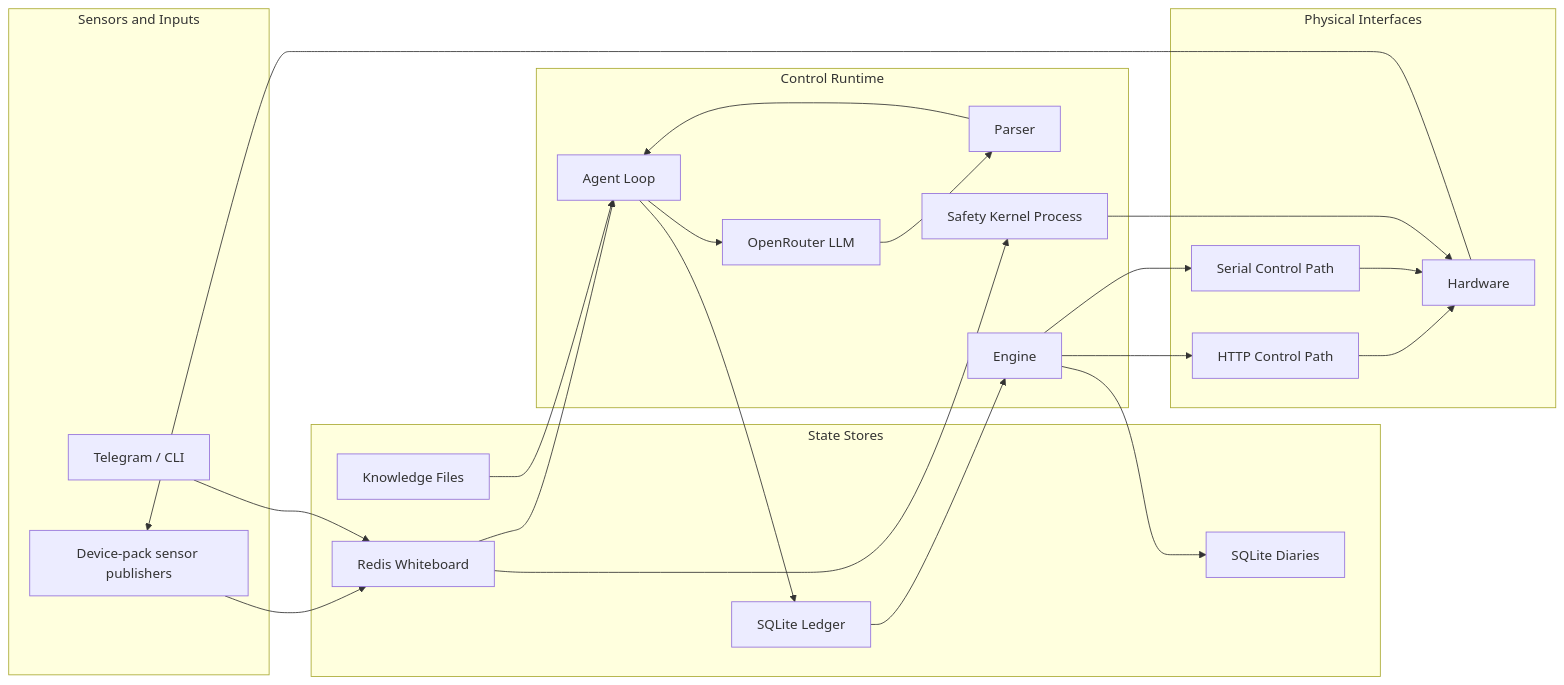
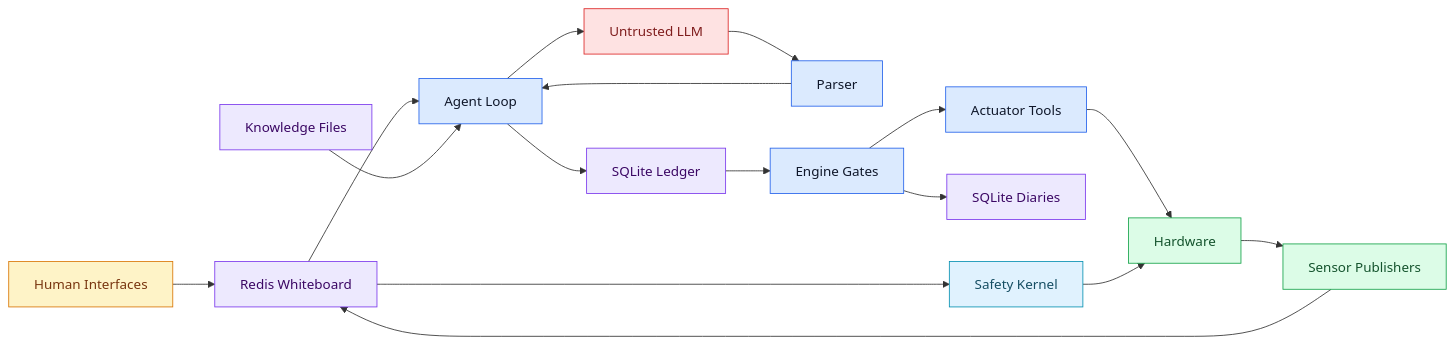
Before and after one commit to anieyrudh/Wallee: the first of 7 diagrams in ARCHITECTURE.md, drawn with Mermaid. The commit also changed other lines of this file and 23 other files, not shown here.

````diff
--- a/ARCHITECTURE.md
+++ b/ARCHITECTURE.md
@@ -66,43 +51,59 @@
 ```mermaid
+%%{init: {'theme':'base','themeVariables': {
+  'primaryColor':'#dbeafe',
+  'primaryTextColor':'#0f172a',
+  'primaryBorderColor':'#2563eb',
+  'secondaryColor':'#dcfce7',
+  'secondaryTextColor':'#14532d',
+  'secondaryBorderColor':'#16a34a',
+  'tertiaryColor':'#fef3c7',
+  'tertiaryTextColor':'#78350f',
+  'tertiaryBorderColor':'#d97706',
+  'lineColor':'#475569',
+  'fontSize':'14px'
+}}%%
 flowchart LR
-    subgraph Inputs["Sensors and Inputs"]
-        SENS["Device-pack sensor publishers"]
-        HUM["Telegram / CLI"]
-    end
-    subgraph State["State Stores"]
-        WB["Redis Whiteboard"]
-        LEDGER["SQLite Ledger"]
-        DIARY["SQLite Diaries"]
-        KNOW["Knowledge Files"]
-    end
-    subgraph Control["Control Runtime"]
-        AGENT["Agent Loop"]
-        LLM["OpenRouter LLM"]
-        PARSER["Parser"]
-        ENGINE["Engine"]
-        SAFETY["Safety Kernel Process"]
-    end
-    subgraph Hardware["Physical Interfaces"]
-        HTTP["HTTP Control Path"]
-        SERIAL["Serial Control Path"]
-        MACHINE["Hardware"]
-    end
+    HUMAN["Human Interfaces"]
+    SENS["Sensor Publishers"]
+    WB["Redis Whiteboard"]
+    AGENT["Agent Loop"]
+    LLM["Untrusted LLM"]
+    PARSER["Parser"]
+    LEDGER["SQLite Ledger"]
+    ENGINE["Engine Gates"]
+    ACT["Actuator Tools"]
+    DIARY["SQLite Diaries"]
+    SAFETY["Safety Kernel"]
+    HW["Hardware"]
+    KNOW["Knowledge Files"]
 
+    HUMAN --> WB
     SENS --> WB
-    HUM --> WB
     WB --> AGENT
     KNOW --> AGENT
     AGENT --> LLM
     LLM --> PARSER
     PARSER --> AGENT
     AGENT --> LEDGER
     LEDGER --> ENGINE
+    ENGINE --> ACT
     ENGINE --> DIARY
-    ENGINE --> HTTP
-    ENGINE --> SERIAL
-    HTTP --> MACHINE
-    SERIAL --> MACHINE
-    MACHINE --> SENS
+    ACT --> HW
+    HW --> SENS
     WB --> SAFETY
-    SAFETY --> MACHINE
+    SAFETY --> HW
+
+    class LLM untrusted
+    class AGENT,PARSER,ENGINE,ACT trusted
+    class WB,LEDGER,DIARY,KNOW state
+    class SENS,HW hardware
+    class HUMAN human
+    class SAFETY safety
+
+    classDef untrusted fill:#fee2e2,stroke:#dc2626,color:#7f1d1d
+    classDef trusted fill:#dbeafe,stroke:#2563eb,color:#0f172a
+    classDef state fill:#ede9fe,stroke:#7c3aed,color:#3b0764
+    classDef hardware fill:#dcfce7,stroke:#16a34a,color:#14532d
+    classDef human fill:#fef3c7,stroke:#d97706,color:#78350f
+    classDef safety fill:#e0f2fe,stroke:#0891b2,color:#164e63
 ```
````
